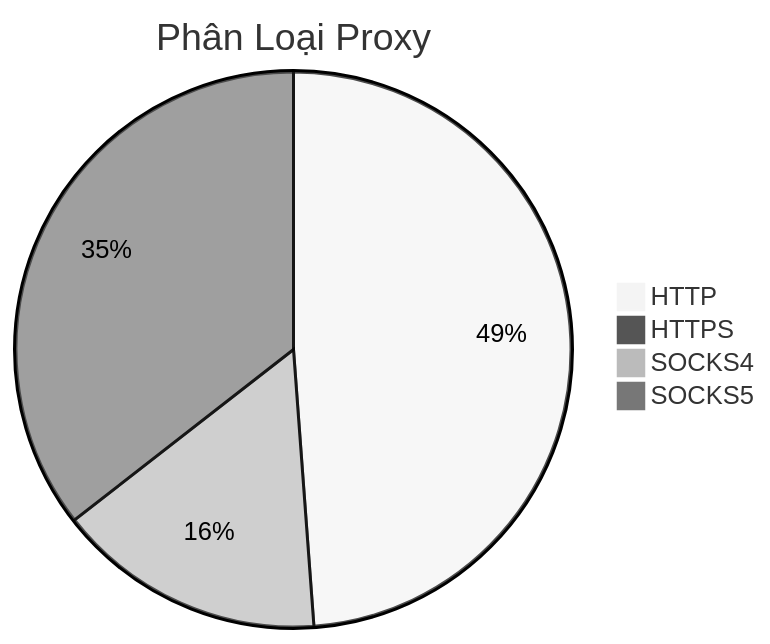
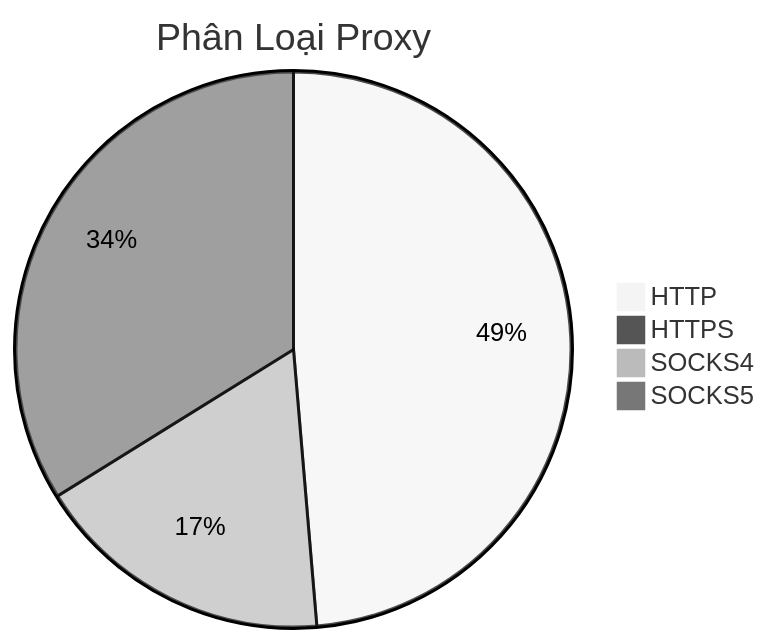
Before and after one commit to Ciara-12/PROXY-free: the diagram in README.md, drawn with Mermaid (neutral theme). The commit also changed other lines of this file and 4 other files, not shown here.

````diff
--- a/README.md
+++ b/README.md
@@ -26,7 +26,7 @@
 ```mermaid
 pie title Phân Loại Proxy
-    "HTTP" : 1373
-    "HTTPS" : 4
-    "SOCKS4" : 440
-    "SOCKS5" : 999
+    "HTTP" : 1179
+    "HTTPS" : 2
+    "SOCKS4" : 424
+    "SOCKS5" : 820
 ```
````
